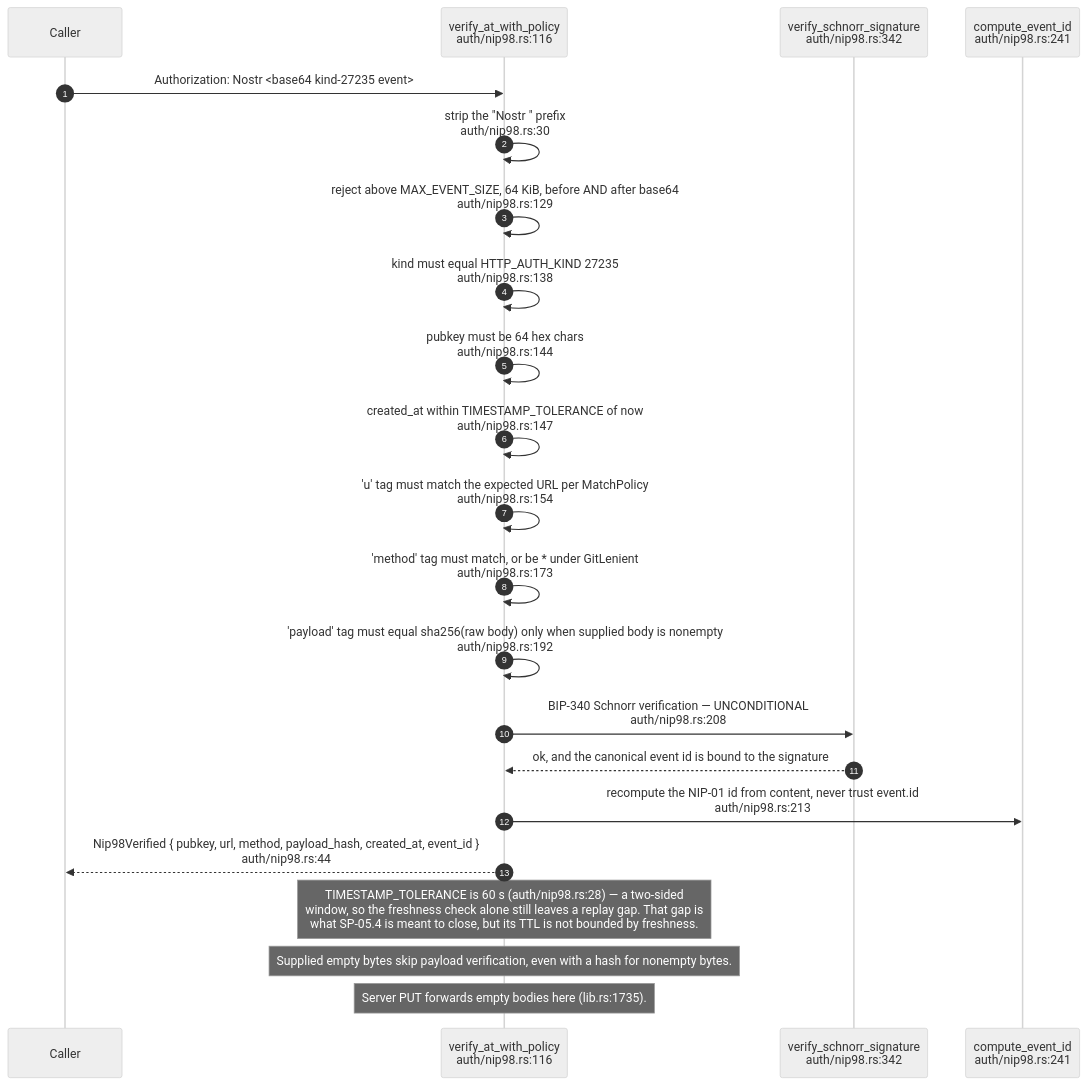
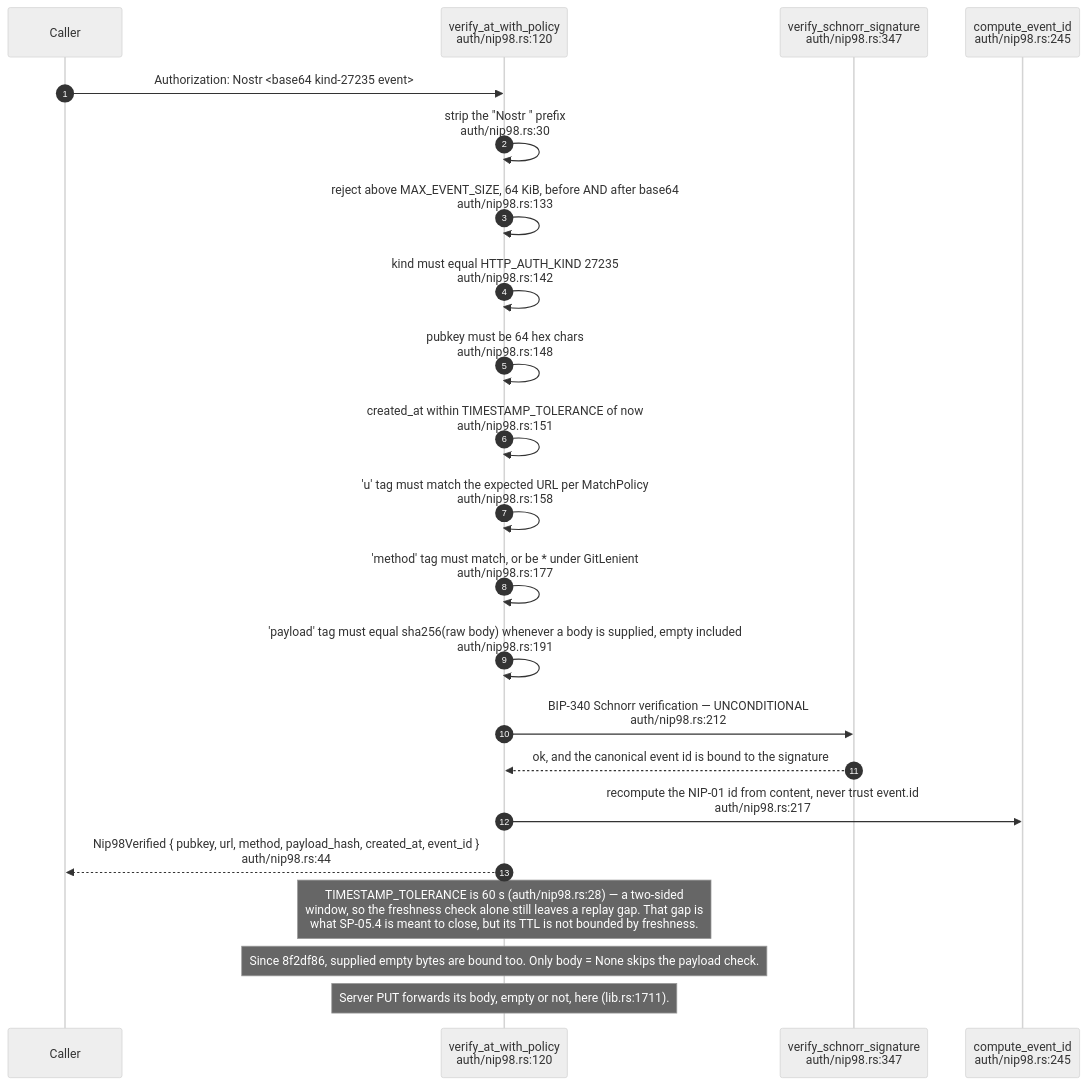
One commit to DreamLab-AI/VisionFlow changed the second of 18 diagrams in docs/diagrams/solid-pod-rs/05-identity-nip98-did-oidc.md. Above: the diagram before and after it, drawn with Mermaid (neutral theme). The commit also changed other lines of this file and 47 other files, not shown here.

````diff
--- a/docs/diagrams/solid-pod-rs/05-identity-nip98-did-oidc.md
+++ b/docs/diagrams/solid-pod-rs/05-identity-nip98-did-oidc.md
@@ -87,25 +87,25 @@
 ```mermaid
 sequenceDiagram
     autonumber
     participant C as Caller
-    participant V as verify_at_with_policy<br/>auth/nip98.rs:116
-    participant S as verify_schnorr_signature<br/>auth/nip98.rs:342
-    participant ID as compute_event_id<br/>auth/nip98.rs:241
+    participant V as verify_at_with_policy<br/>auth/nip98.rs:120
+    participant S as verify_schnorr_signature<br/>auth/nip98.rs:347
+    participant ID as compute_event_id<br/>auth/nip98.rs:245
 
     C->>V: Authorization: Nostr <base64 kind-27235 event>
     V->>V: strip the "Nostr " prefix<br/>auth/nip98.rs:30
-    V->>V: reject above MAX_EVENT_SIZE, 64 KiB, before AND after base64<br/>auth/nip98.rs:129
-    V->>V: kind must equal HTTP_AUTH_KIND 27235<br/>auth/nip98.rs:138
-    V->>V: pubkey must be 64 hex chars<br/>auth/nip98.rs:144
-    V->>V: created_at within TIMESTAMP_TOLERANCE of now<br/>auth/nip98.rs:147
-    V->>V: 'u' tag must match the expected URL per MatchPolicy<br/>auth/nip98.rs:154
-    V->>V: 'method' tag must match, or be * under GitLenient<br/>auth/nip98.rs:173
-    V->>V: 'payload' tag must equal sha256(raw body) only when supplied body is nonempty<br/>auth/nip98.rs:192
-    V->>S: BIP-340 Schnorr verification — UNCONDITIONAL<br/>auth/nip98.rs:208
+    V->>V: reject above MAX_EVENT_SIZE, 64 KiB, before AND after base64<br/>auth/nip98.rs:133
+    V->>V: kind must equal HTTP_AUTH_KIND 27235<br/>auth/nip98.rs:142
+    V->>V: pubkey must be 64 hex chars<br/>auth/nip98.rs:148
+    V->>V: created_at within TIMESTAMP_TOLERANCE of now<br/>auth/nip98.rs:151
+    V->>V: 'u' tag must match the expected URL per MatchPolicy<br/>auth/nip98.rs:158
+    V->>V: 'method' tag must match, or be * under GitLenient<br/>auth/nip98.rs:177
+    V->>V: 'payload' tag must equal sha256(raw body) whenever a body is supplied, empty included<br/>auth/nip98.rs:191
+    V->>S: BIP-340 Schnorr verification — UNCONDITIONAL<br/>auth/nip98.rs:212
     S-->>V: ok, and the canonical event id is bound to the signature
-    V->>ID: recompute the NIP-01 id from content, never trust event.id<br/>auth/nip98.rs:213
+    V->>ID: recompute the NIP-01 id from content, never trust event.id<br/>auth/nip98.rs:217
     V-->>C: Nip98Verified { pubkey, url, method, payload_hash, created_at, event_id }<br/>auth/nip98.rs:44
     Note over V: TIMESTAMP_TOLERANCE is 60 s (auth/nip98.rs:28) — a two-sided<br/>window, so the freshness check alone still leaves a replay gap. That gap is<br/>what SP-05.4 is meant to close, but its TTL is not bounded by freshness.
-    Note over V: Supplied empty bytes skip payload verification, even with a hash for nonempty bytes.
-    Note over V: Server PUT forwards empty bodies here (lib.rs:1735).
+    Note over V: Since 8f2df86, supplied empty bytes are bound too. Only body = None skips the payload check.
+    Note over V: Server PUT forwards its body, empty or not, here (lib.rs:1711).
 ```
````
